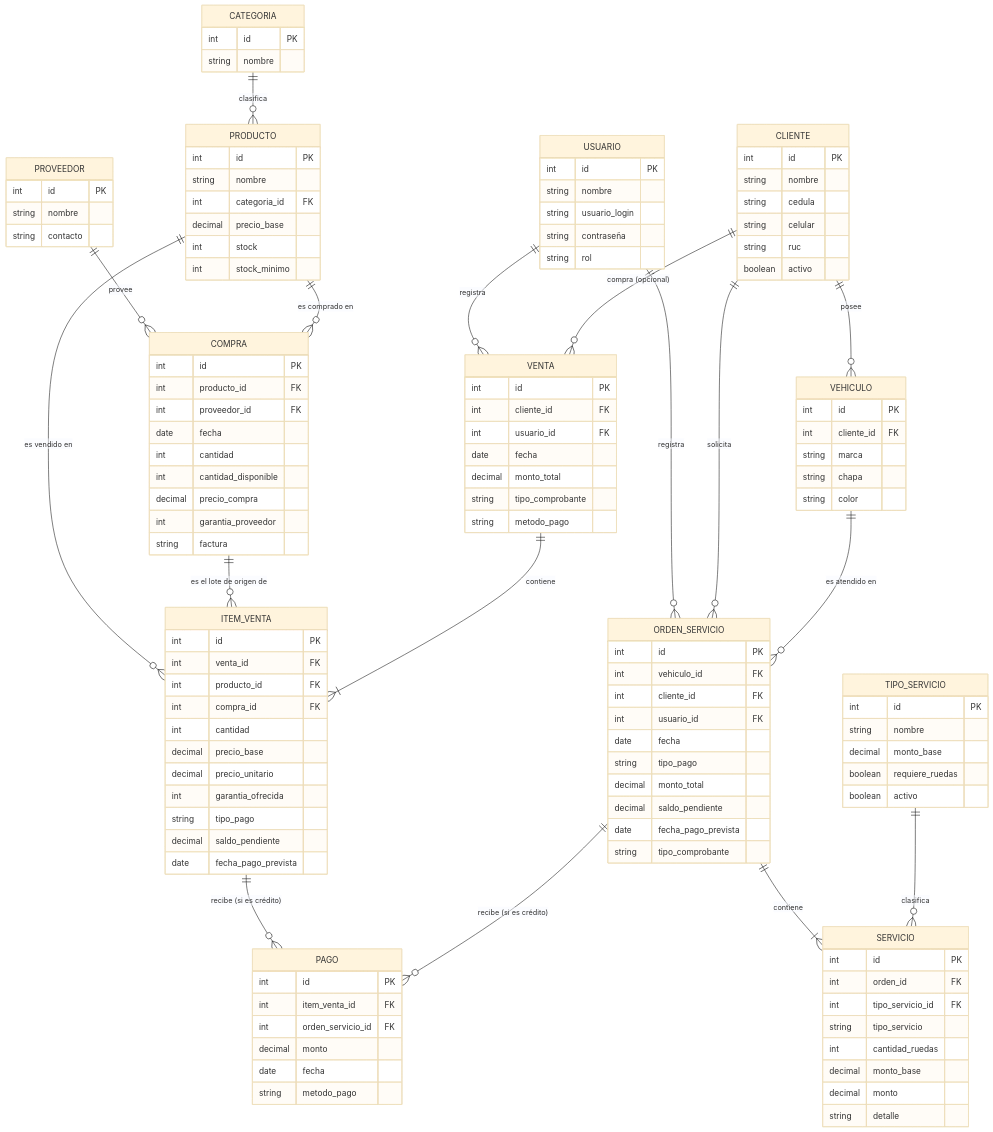
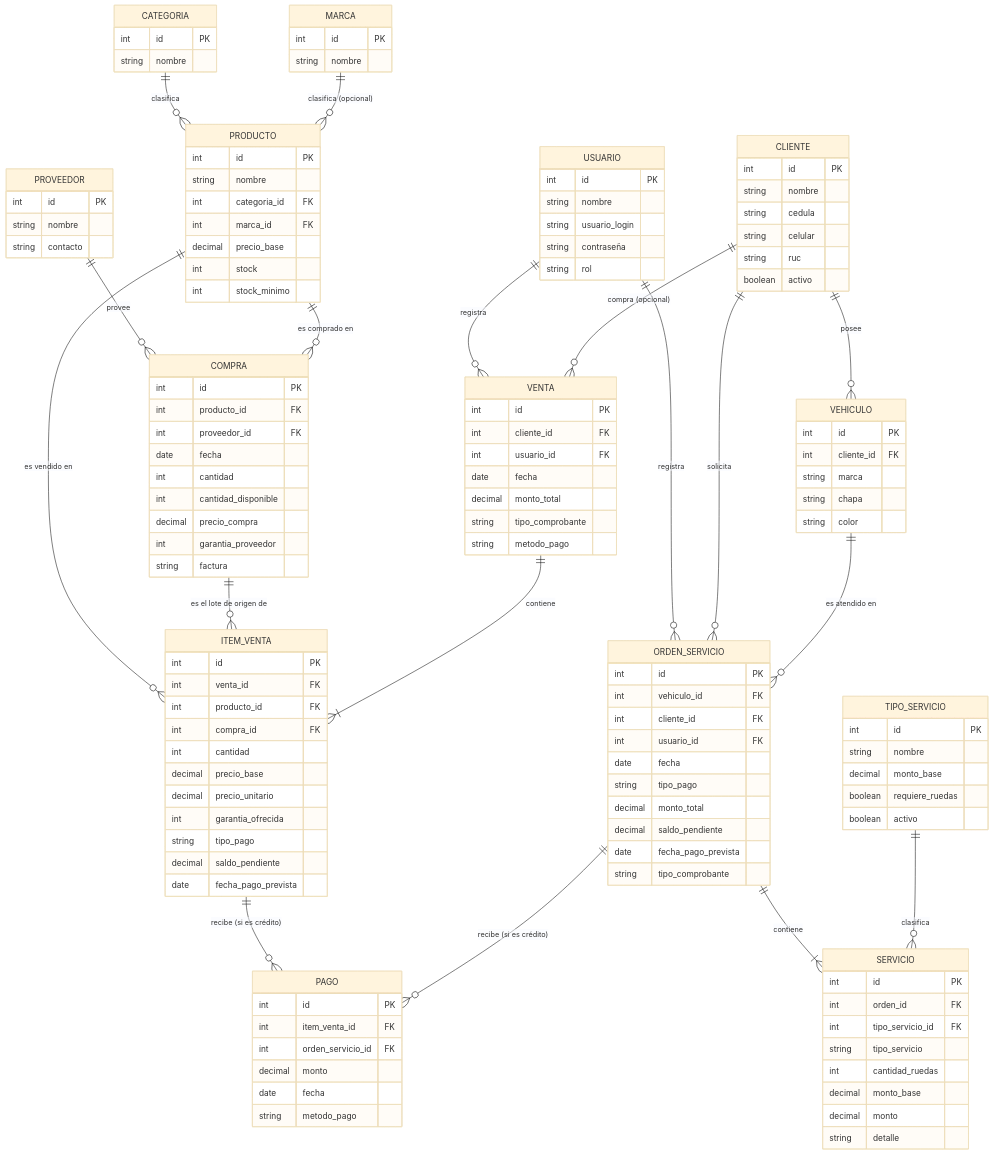
The diagram in docs/02-desing/diagrama-entidad-relacion.md (josD0111/neucar-system), drawn with Mermaid (base theme) before and after one commit. The commit also changed other lines of this file and 4 other files, not shown here.

```diff
--- a/docs/02-desing/diagrama-entidad-relacion.md
+++ b/docs/02-desing/diagrama-entidad-relacion.md
@@ -16,6 +18,7 @@
     PROVEEDOR ||--o{ COMPRA : provee
 
     CATEGORIA ||--o{ PRODUCTO : clasifica
+    MARCA ||--o{ PRODUCTO : "clasifica (opcional)"
 
     PRODUCTO ||--o{ COMPRA : "es comprado en"
     PRODUCTO ||--o{ ITEM_VENTA : "es vendido en"
@@ -61,10 +64,16 @@
         string nombre
     }
 
+    MARCA {
+        int id PK
+        string nombre
+    }
+
     PRODUCTO {
         int id PK
         string nombre
         int categoria_id FK
+        int marca_id FK
         decimal precio_base
         int stock
         int stock_minimo
```
